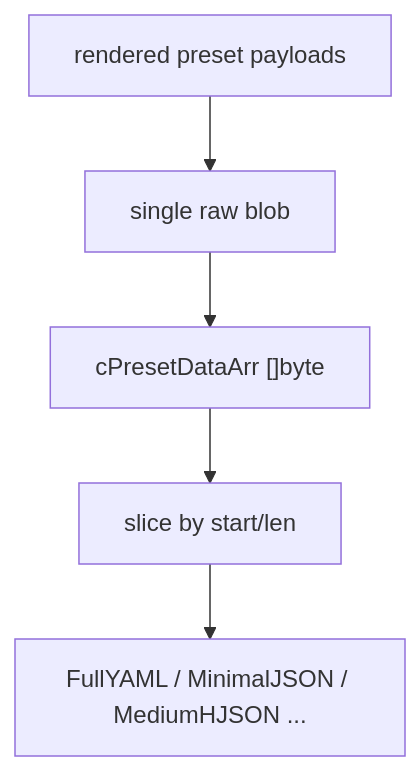
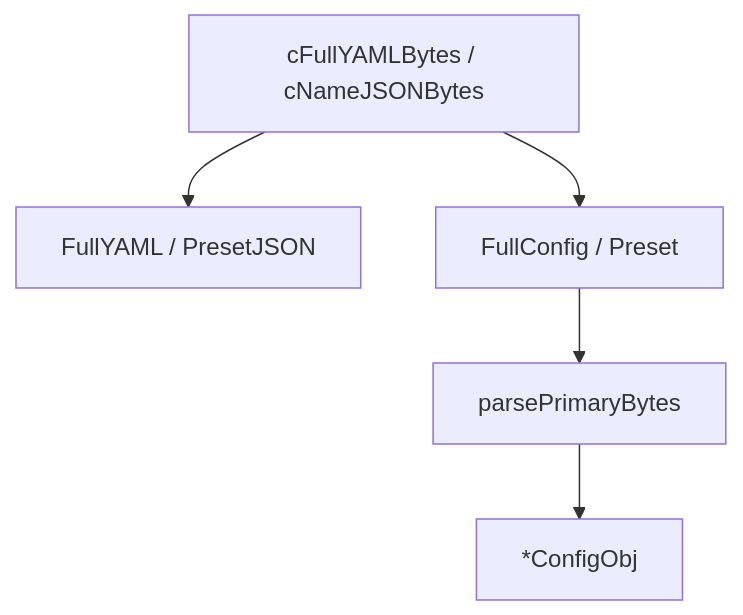
Diagram 11 of 11 in README.md (amazing-generators/goconfgen), drawn with Mermaid before and after one commit. The commit also changed other lines of this file and 138 other files, not shown here.

````diff
--- a/README.md
+++ b/README.md
@@ -380,7 +501,7 @@
 ```mermaid
 flowchart TD
-  A["rendered preset payloads"] --> B["single raw blob"]
-  B --> C["cPresetDataArr []byte"]
-  C --> D["slice by start/len"]
-  D --> E["FullYAML / MinimalJSON / MediumHJSON ..."]
+    A["cFullYAMLBytes / cNameJSONBytes"] --> B["FullYAML / PresetJSON"]
+    A --> C["FullConfig / Preset"]
+    C --> D["parsePrimaryBytes"]
+    D --> E["*ConfigObj"]
 ```
````
